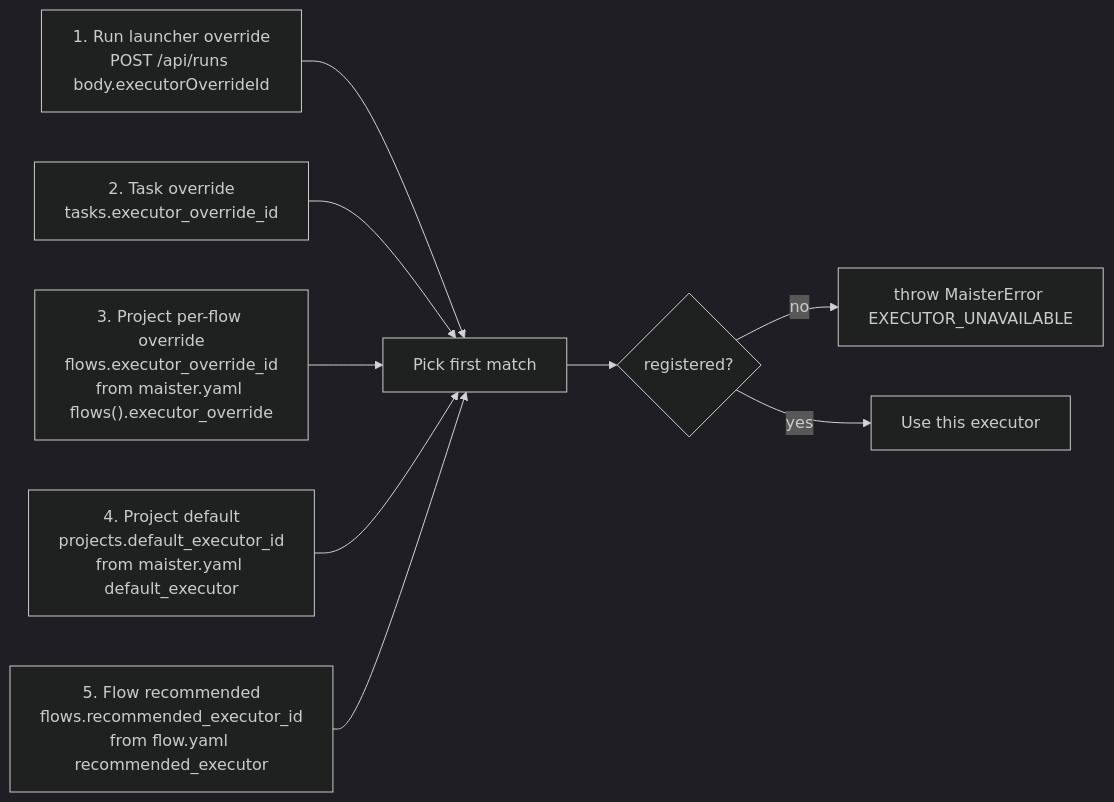
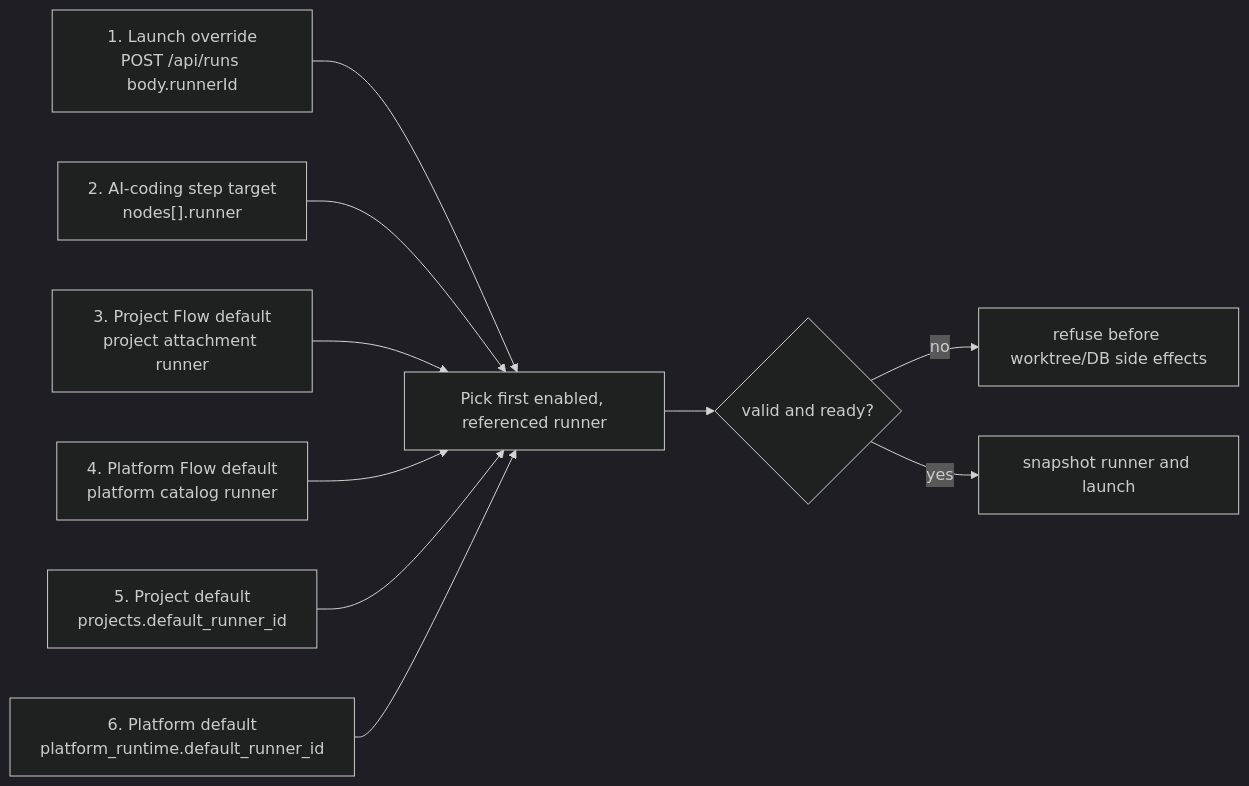
Before and after one commit to maister-dev/maister: the first of 2 diagrams in docs/system-analytics/executors.md, drawn with Mermaid (dark theme). The commit also changed other lines of this file and 212 other files, not shown here.

First line of the commit message:
feat(acp): add platform runner configuration

````diff
--- a/docs/system-analytics/executors.md
+++ b/docs/system-analytics/executors.md
@@ -137,11 +139,12 @@
 ```mermaid
 flowchart LR
-    L1["1. Run launcher override<br/>POST /api/runs body.executorOverrideId"] --> Resolve
-    L2["2. Task override<br/>tasks.executor_override_id"] --> Resolve
-    L3["3. Project per-flow override<br/>flows.executor_override_id<br/>from maister.yaml flows().executor_override"] --> Resolve
-    L4["4. Project default<br/>projects.default_executor_id<br/>from maister.yaml default_executor"] --> Resolve
-    L5["5. Flow recommended<br/>flows.recommended_executor_id<br/>from flow.yaml recommended_executor"] --> Resolve
-    Resolve["Pick first match"] --> Check{registered?}
-    Check -- no --> Err["throw MaisterError EXECUTOR_UNAVAILABLE"]
-    Check -- yes --> OK["Use this executor"]
+    L1["1. Launch override<br/>POST /api/runs body.runnerId"] --> Resolve
+    L2["2. AI-coding step target<br/>nodes[].runner"] --> Resolve
+    L3["3. Project Flow default<br/>project attachment runner"] --> Resolve
+    L4["4. Platform Flow default<br/>platform catalog runner"] --> Resolve
+    L5["5. Project default<br/>projects.default_runner_id"] --> Resolve
+    L6["6. Platform default<br/>platform_runtime.default_runner_id"] --> Resolve
+    Resolve["Pick first enabled, referenced runner"] --> Check{valid and ready?}
+    Check -- no --> Err["refuse before worktree/DB side effects"]
+    Check -- yes --> OK["snapshot runner and launch"]
 ```
````
